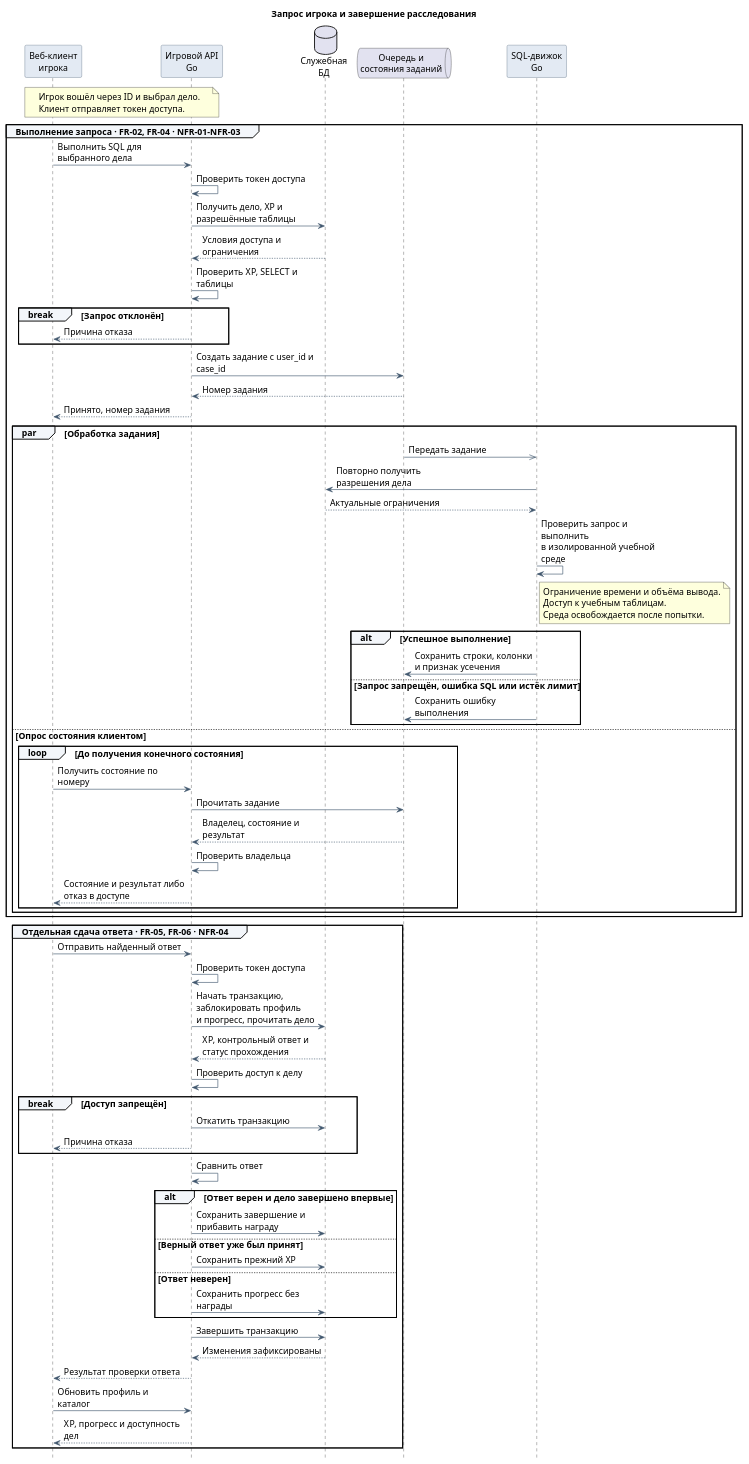
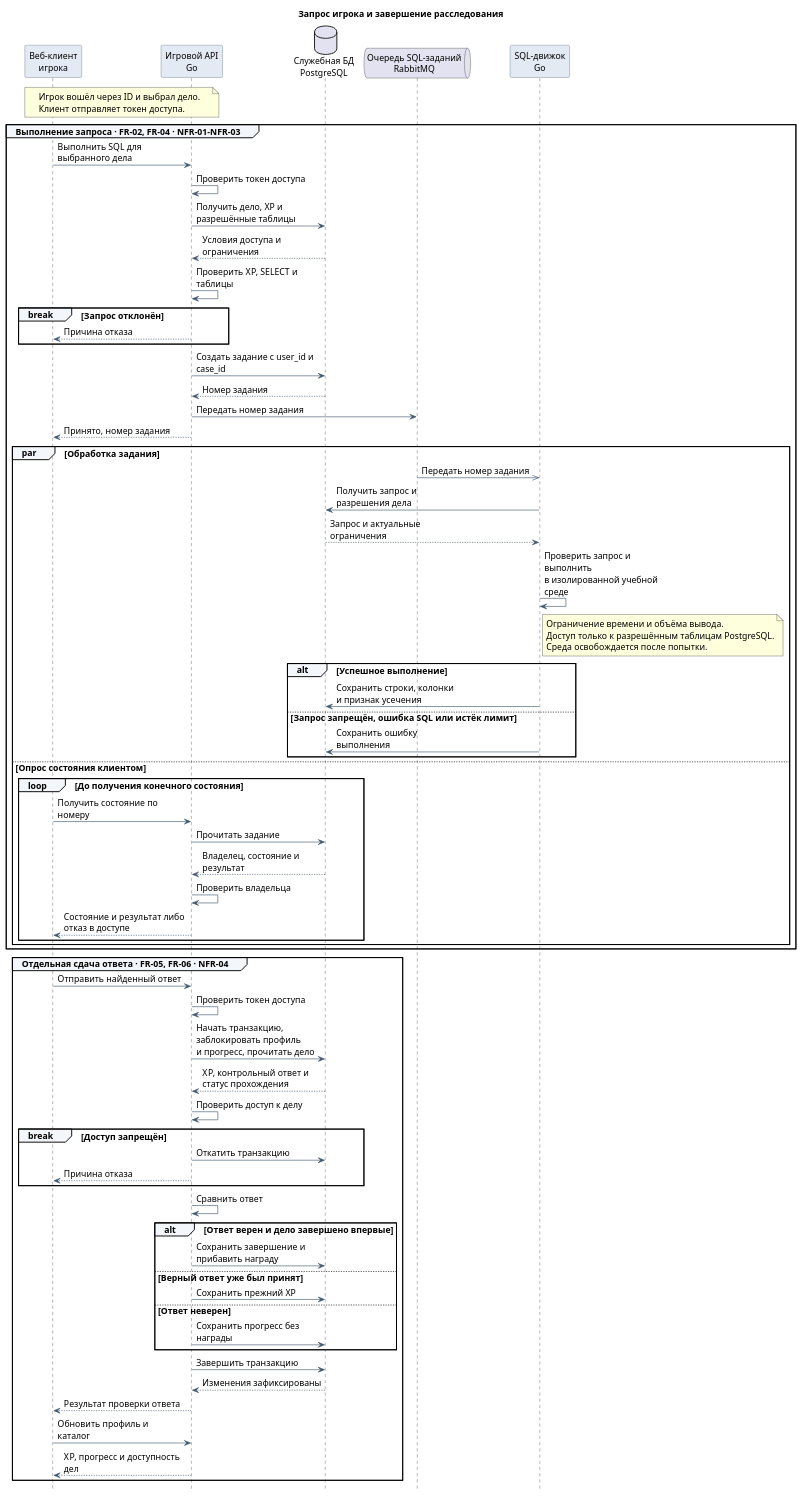
The diagram in assets/query-sequence.puml (cicada-pops/vkr), drawn with PlantUML before and after one commit. The commit also changed 17 other files, not shown here.

```diff
--- a/assets/query-sequence.puml
+++ b/assets/query-sequence.puml
@@ -1,83 +1,84 @@
 @startuml
 skinparam defaultFontName Arial
 skinparam defaultFontSize 14
 skinparam backgroundColor white
 skinparam shadowing false
 skinparam ArrowColor #40566D
 skinparam sequenceParticipantBackgroundColor #E3EAF3
 skinparam sequenceParticipantBorderColor #40566D
 skinparam sequenceGroupBackgroundColor #F3F6FA
 skinparam maxMessageSize 200
 hide footbox
 title Запрос игрока и завершение расследования
 participant "Веб-клиент\nигрока" as Client
 participant "Игровой API\nGo" as API
-database "Служебная\nБД" as DB
-queue "Очередь и\nсостояния заданий" as Queue
+database "Служебная БД\nPostgreSQL" as DB
+queue "Очередь SQL-заданий\nRabbitMQ" as Queue
 participant "SQL-движок\nGo" as Engine
 note over Client, API
   Игрок вошёл через ID и выбрал дело.
   Клиент отправляет токен доступа.
 end note
 group Выполнение запроса · FR-02, FR-04 · NFR-01–NFR-03
 Client -> API : Выполнить SQL для выбранного дела
 API -> API : Проверить токен доступа
 API -> DB : Получить дело, XP и разрешённые таблицы
 DB --> API : Условия доступа и ограничения
 API -> API : Проверить XP, SELECT и таблицы
 break Запрос отклонён
   API --> Client : Причина отказа
 end
-API -> Queue : Создать задание с user_id и case_id
-Queue --> API : Номер задания
+API -> DB : Создать задание с user_id и case_id
+DB --> API : Номер задания
+API -> Queue : Передать номер задания
 API --> Client : Принято, номер задания
 par Обработка задания
-Queue ->> Engine : Передать задание
-Engine -> DB : Повторно получить разрешения дела
-DB --> Engine : Актуальные ограничения
+Queue ->> Engine : Передать номер задания
+Engine -> DB : Получить запрос и разрешения дела
+DB --> Engine : Запрос и актуальные ограничения
 Engine -> Engine : Проверить запрос и выполнить\nв изолированной учебной среде
 note right of Engine
   Ограничение времени и объёма вывода.
-  Доступ к учебным таблицам.
+  Доступ только к разрешённым таблицам PostgreSQL.
   Среда освобождается после попытки.
 end note
 alt Успешное выполнение
-  Engine -> Queue : Сохранить строки, колонки и признак усечения
+  Engine -> DB : Сохранить строки, колонки и признак усечения
 else Запрос запрещён, ошибка SQL или истёк лимит
-  Engine -> Queue : Сохранить ошибку выполнения
+  Engine -> DB : Сохранить ошибку выполнения
 end
 else Опрос состояния клиентом
 loop До получения конечного состояния
   Client -> API : Получить состояние по номеру
-  API -> Queue : Прочитать задание
-  Queue --> API : Владелец, состояние и результат
+  API -> DB : Прочитать задание
+  DB --> API : Владелец, состояние и результат
   API -> API : Проверить владельца
   API --> Client : Состояние и результат либо отказ в доступе
 end
 end
 end
 group Отдельная сдача ответа · FR-05, FR-06 · NFR-04
 Client -> API : Отправить найденный ответ
 API -> API : Проверить токен доступа
 API -> DB : Начать транзакцию, заблокировать профиль\nи прогресс, прочитать дело
 DB --> API : XP, контрольный ответ и статус прохождения
 API -> API : Проверить доступ к делу
 break Доступ запрещён
   API -> DB : Откатить транзакцию
   API --> Client : Причина отказа
 end
 API -> API : Сравнить ответ
 alt Ответ верен и дело завершено впервые
   API -> DB : Сохранить завершение и прибавить награду
 else Верный ответ уже был принят
   API -> DB : Сохранить прежний XP
 else Ответ неверен
   API -> DB : Сохранить прогресс без награды
 end
 API -> DB : Завершить транзакцию
 DB --> API : Изменения зафиксированы
 API --> Client : Результат проверки ответа
 Client -> API : Обновить профиль и каталог
 API --> Client : XP, прогресс и доступность дел
 end
 @enduml
```
